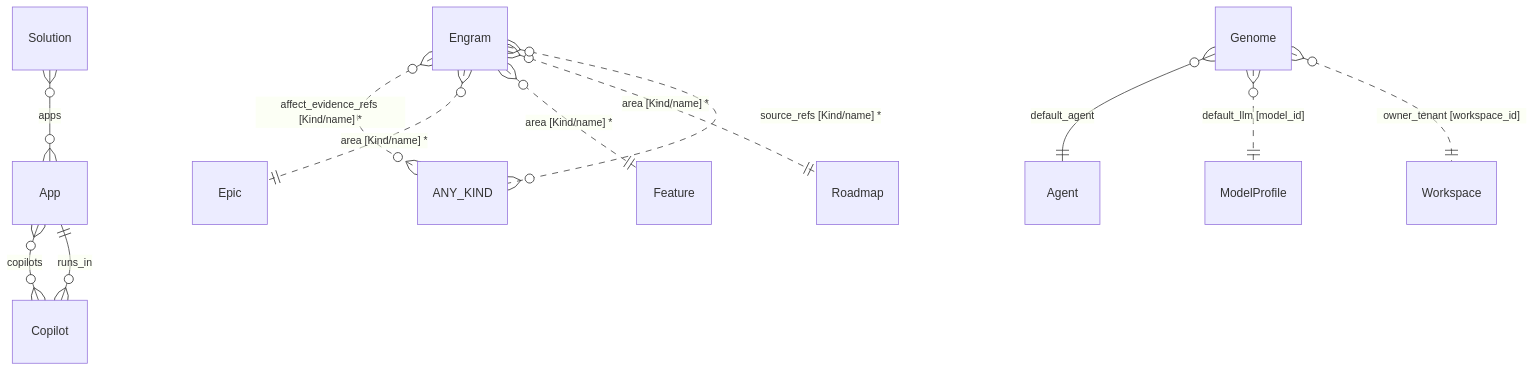
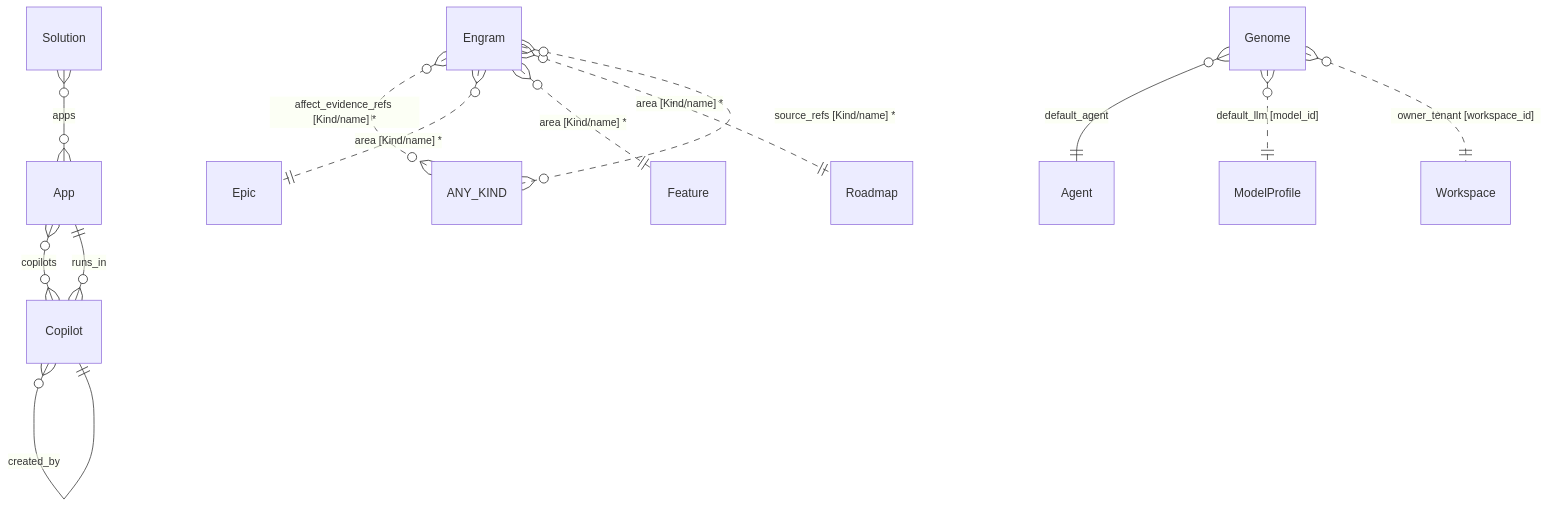
One commit to ruinosus/dna changed the fourth of 11 diagrams in docs/reference/data-model.md. Above: the diagram before and after it, drawn with Mermaid. The commit also changed other lines of this file and 9 other files, not shown here.

First line of the commit message:
feat(kinds): o agente gerado passa a saber de onde veio — `Copilot.created_by`

````diff
--- a/docs/reference/data-model.md
+++ b/docs/reference/data-model.md
@@ -160,26 +160,27 @@
 ```mermaid
 erDiagram
     ANY_KIND
     Agent
     App
     Copilot
     Engram
     Epic
     Feature
     Genome
     ModelProfile
     Roadmap
     Solution
     Workspace
     App }o--}o Copilot : "copilots"
+    Copilot }o--|| Copilot : "created_by"
     Copilot }o--|| App : "runs_in"
     Engram }o..}o ANY_KIND : "affect_evidence_refs [Kind/name] *"
     Engram }o..|| Epic : "area [Kind/name] *"
     Engram }o..|| Feature : "area [Kind/name] *"
     Engram }o..|| Roadmap : "area [Kind/name] *"
     Engram }o..}o ANY_KIND : "source_refs [Kind/name] *"
     Genome }o--|| Agent : "default_agent"
     Genome }o..|| ModelProfile : "default_llm [model_id]"
     Genome }o..|| Workspace : "owner_tenant [workspace_id]"
     Solution }o--}o App : "apps"
 ```
````
